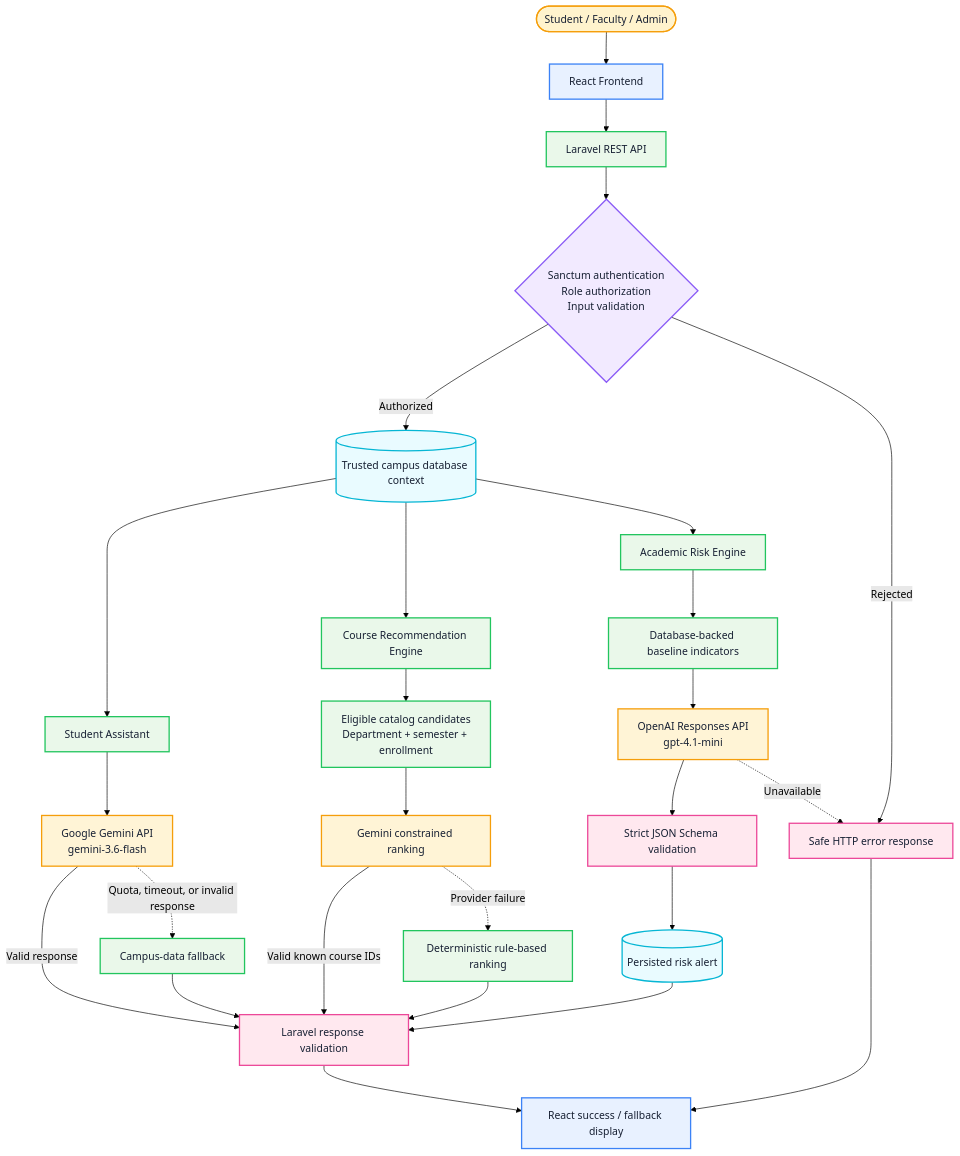
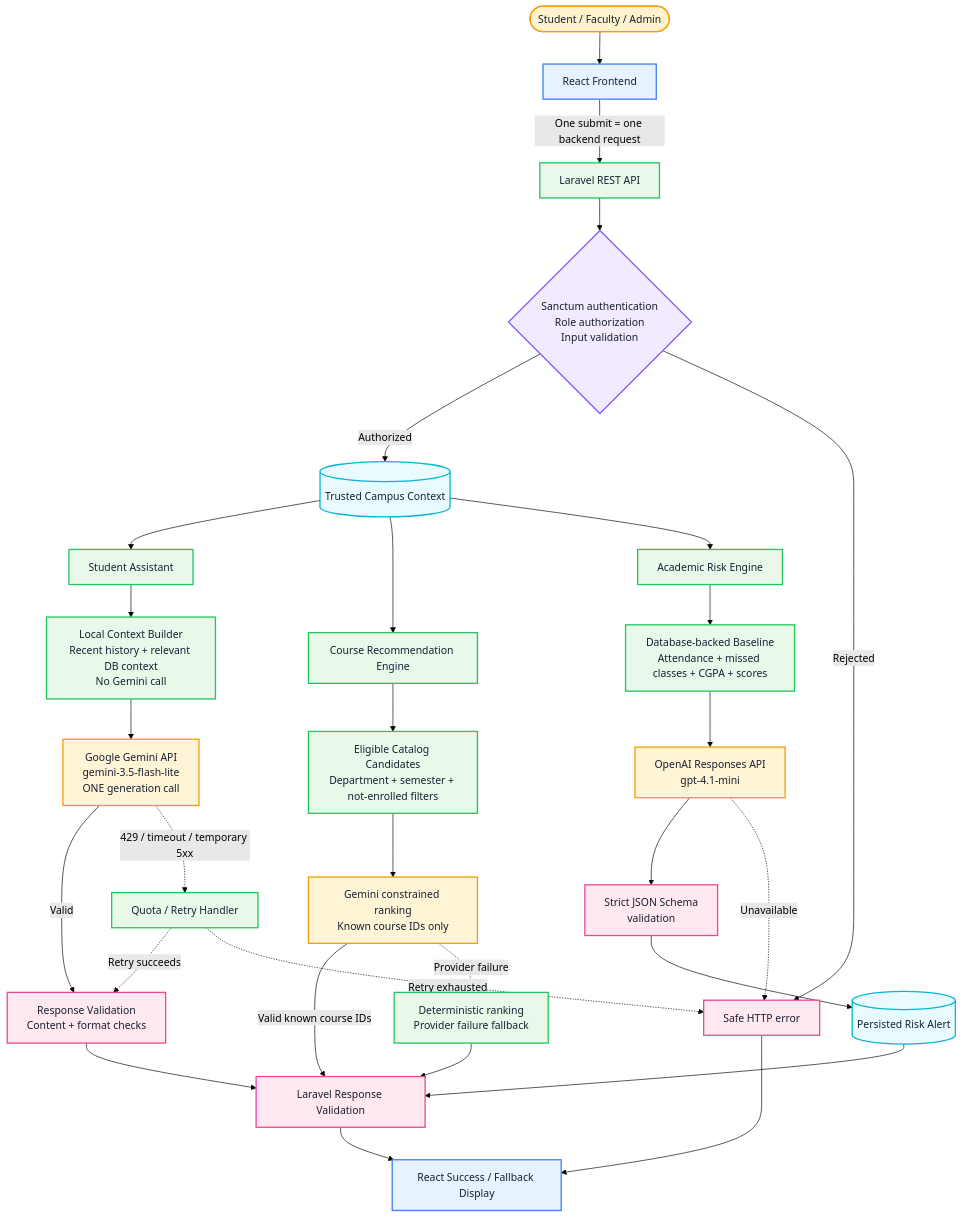
Before and after one commit to nazmusshakib878/CSE4204-8A-T07-ai-smart-campus-system: the diagram in README.md, drawn with Mermaid (forest theme). The commit also changed other lines of this file, not shown here.

````diff
--- a/README.md
+++ b/README.md
@@ -98,49 +100,52 @@
 ```mermaid
 flowchart TD
     U([Student / Faculty / Admin]) --> FE[React Frontend]
-    FE --> API[Laravel REST API]
+    FE -->|One submit = one backend request| API[Laravel REST API]
     API --> AUTH{Sanctum authentication<br/>Role authorization<br/>Input validation}
-    AUTH -->|Authorized| DATA[(Trusted campus database context)]
-    AUTH -->|Rejected| SAFE[Safe HTTP error response]
+    AUTH -->|Authorized| DATA[(Trusted Campus Context)]
+    AUTH -->|Rejected| SAFE[Safe HTTP error]
 
     DATA --> ASSIST[Student Assistant]
     DATA --> COURSE[Course Recommendation Engine]
     DATA --> RISK[Academic Risk Engine]
 
-    ASSIST --> GEMINI[Google Gemini API<br/>gemini-3.6-flash]
-    GEMINI -->|Valid response| CHECK[Laravel response validation]
-    GEMINI -.->|Quota, timeout, or invalid response| AF[Campus-data fallback]
-    AF --> CHECK
+    ASSIST --> CTX[Local Context Builder<br/>Recent history + relevant DB context<br/>No Gemini call]
+    CTX --> GEMINI[Google Gemini API<br/>gemini-3.5-flash-lite<br/>ONE generation call]
+    GEMINI -->|Valid| ACHECK[Response Validation<br/>Content + format checks]
+    GEMINI -.->|429 / timeout / temporary 5xx| RETRY[Quota / Retry Handler]
+    RETRY -.->|Retry succeeds| ACHECK
+    RETRY -.->|Retry exhausted| SAFE
+    ACHECK --> CHECK[Laravel Response Validation]
 
-    COURSE --> CAND[Eligible catalog candidates<br/>Department + semester + enrollment]
-    CAND --> GRANK[Gemini constrained ranking]
+    COURSE --> CAND[Eligible Catalog Candidates<br/>Department + semester + not-enrolled filters]
+    CAND --> GRANK[Gemini constrained ranking<br/>Known course IDs only]
     GRANK -->|Valid known course IDs| CHECK
-    GRANK -.->|Provider failure| RULE[Deterministic rule-based ranking]
+    GRANK -.->|Provider failure| RULE[Deterministic ranking<br/>Provider failure fallback]
     RULE --> CHECK
 
-    RISK --> BASE[Database-backed baseline indicators]
+    RISK --> BASE[Database-backed Baseline<br/>Attendance + missed classes + CGPA + scores]
     BASE --> OPENAI[OpenAI Responses API<br/>gpt-4.1-mini]
-    OPENAI --> SCHEMA[Strict JSON Schema validation]
-    SCHEMA --> STORE[(Persisted risk alert)]
+    OPENAI --> SCHEMA[Strict JSON Schema<br/>validation]
+    SCHEMA --> STORE[(Persisted Risk Alert)]
     STORE --> CHECK
     OPENAI -.->|Unavailable| SAFE
 
-    CHECK --> UI[React success / fallback display]
+    CHECK --> UI[React Success / Fallback Display]
     SAFE --> UI
 
     classDef user fill:#fff3cd,stroke:#f59e0b,color:#172033,stroke-width:2px;
     classDef frontend fill:#e8f1ff,stroke:#3b82f6,color:#172033,stroke-width:2px;
     classDef backend fill:#eaf8ea,stroke:#22c55e,color:#172033,stroke-width:2px;
     classDef security fill:#f2eaff,stroke:#8b5cf6,color:#172033,stroke-width:2px;
     classDef provider fill:#fff4d6,stroke:#f59e0b,color:#172033,stroke-width:2px;
     classDef validation fill:#ffe8ef,stroke:#ec4899,color:#172033,stroke-width:2px;
     classDef data fill:#e9fbff,stroke:#06b6d4,color:#172033,stroke-width:2px;
 
     class U user;
     class FE,UI frontend;
-    class API,ASSIST,COURSE,RISK,CAND,BASE,RULE,AF backend;
+    class API,ASSIST,COURSE,RISK,CAND,BASE,RULE,CTX,RETRY backend;
     class AUTH security;
     class GEMINI,GRANK,OPENAI provider;
-    class CHECK,SCHEMA,SAFE validation;
+    class ACHECK,CHECK,SCHEMA,SAFE validation;
     class DATA,STORE data;
 ```
````
